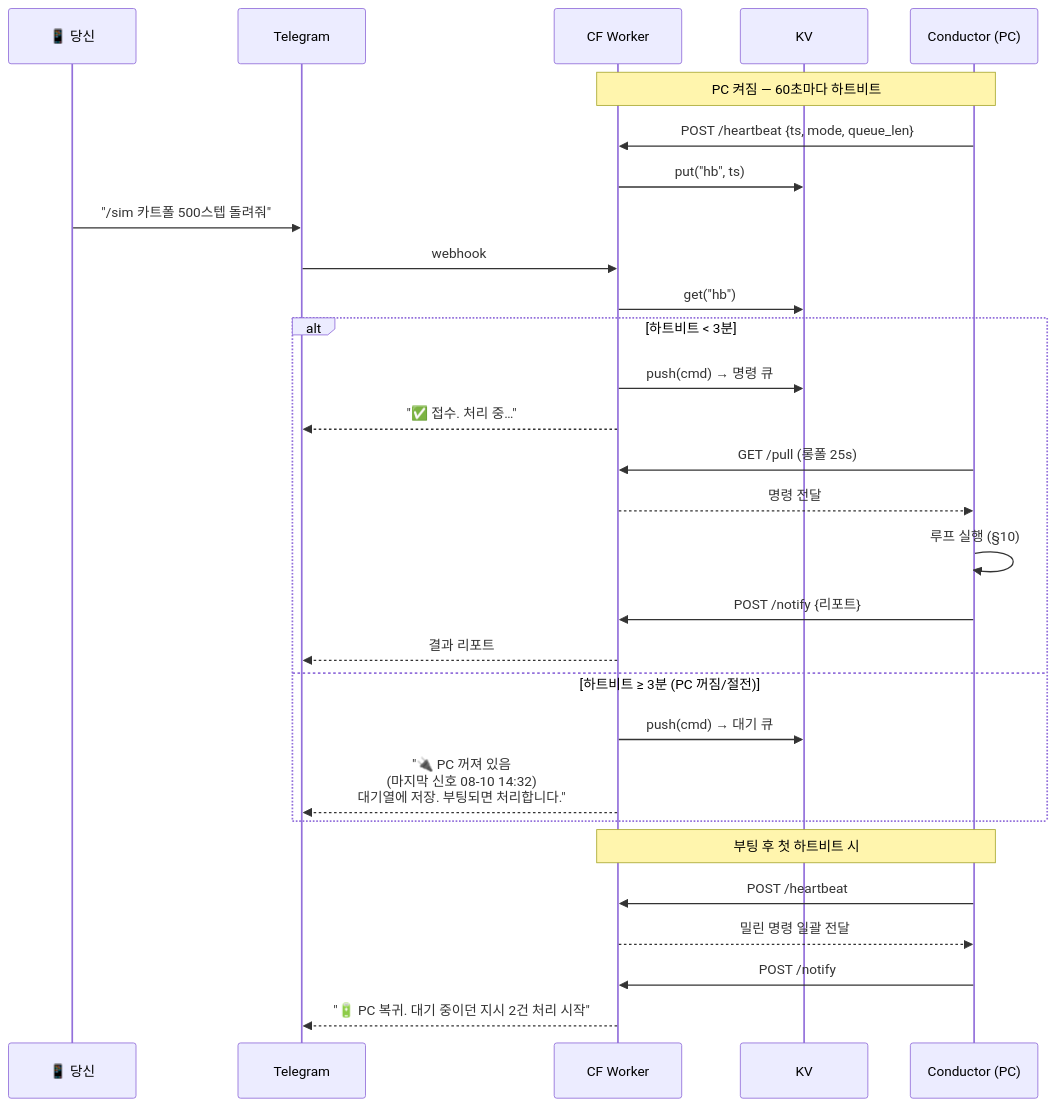
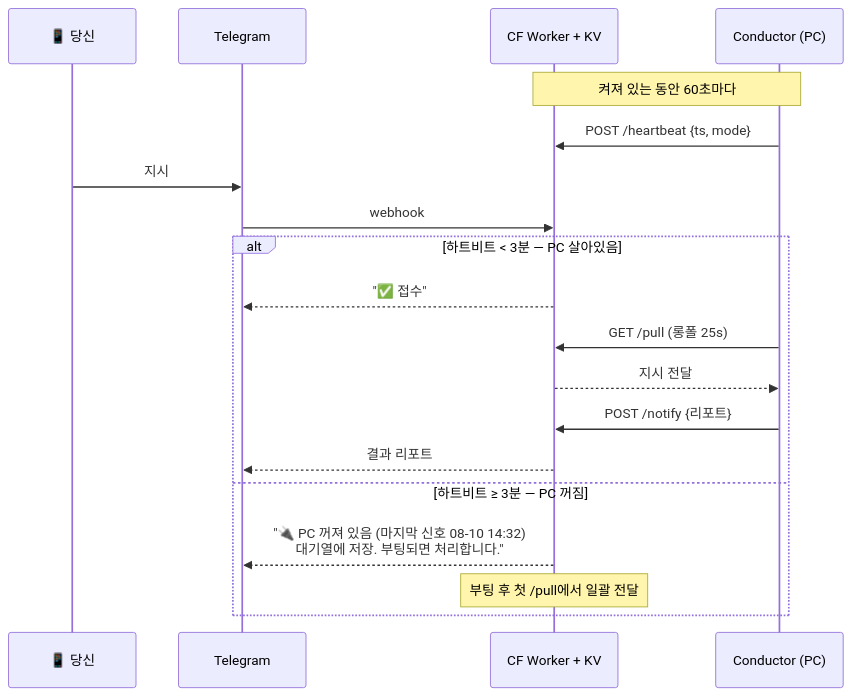
Before and after one commit to kkw071223-ai/dev-standard-template: the sixth of 11 diagrams in docs/07-agent-pc-design.md, drawn with Mermaid. The commit also changed other lines of this file and 2 other files, not shown here.

````diff
--- a/docs/07-agent-pc-design.md
+++ b/docs/07-agent-pc-design.md
@@ -447,34 +545,23 @@
 ```mermaid
 sequenceDiagram
     participant U as 📱 당신
     participant T as Telegram
-    participant W as CF Worker
-    participant K as KV
+    participant W as CF Worker + KV
     participant C as Conductor (PC)
 
-    Note over C,W: PC 켜짐 — 60초마다 하트비트
-    C->>W: POST /heartbeat {ts, mode, queue_len}
-    W->>K: put("hb", ts)
+    Note over C,W: 켜져 있는 동안 60초마다
+    C->>W: POST /heartbeat {ts, mode}
 
-    U->>T: "/sim 카트폴 500스텝 돌려줘"
+    U->>T: 지시
     T->>W: webhook
-    W->>K: get("hb")
-    alt 하트비트 < 3분
-        W->>K: push(cmd) → 명령 큐
-        W-->>T: "✅ 접수. 처리 중…"
+    alt 하트비트 < 3분 — PC 살아있음
+        W-->>T: "✅ 접수"
         C->>W: GET /pull (롱폴 25s)
-        W-->>C: 명령 전달
-        C->>C: 루프 실행 (§10)
+        W-->>C: 지시 전달
         C->>W: POST /notify {리포트}
         W-->>T: 결과 리포트
-    else 하트비트 ≥ 3분 (PC 꺼짐/절전)
-        W->>K: push(cmd) → 대기 큐
-        W-->>T: "🔌 PC 꺼져 있음<br/>(마지막 신호 08-10 14:32)<br/>대기열에 저장. 부팅되면 처리합니다."
+    else 하트비트 ≥ 3분 — PC 꺼짐
+        W-->>T: "🔌 PC 꺼져 있음 (마지막 신호 08-10 14:32)<br/>대기열에 저장. 부팅되면 처리합니다."
+        Note over W: 부팅 후 첫 /pull에서 일괄 전달
     end
-
-    Note over C,W: 부팅 후 첫 하트비트 시
-    C->>W: POST /heartbeat
-    W-->>C: 밀린 명령 일괄 전달
-    C->>W: POST /notify
-    W-->>T: "🔋 PC 복귀. 대기 중이던 지시 2건 처리 시작"
 ```
````
